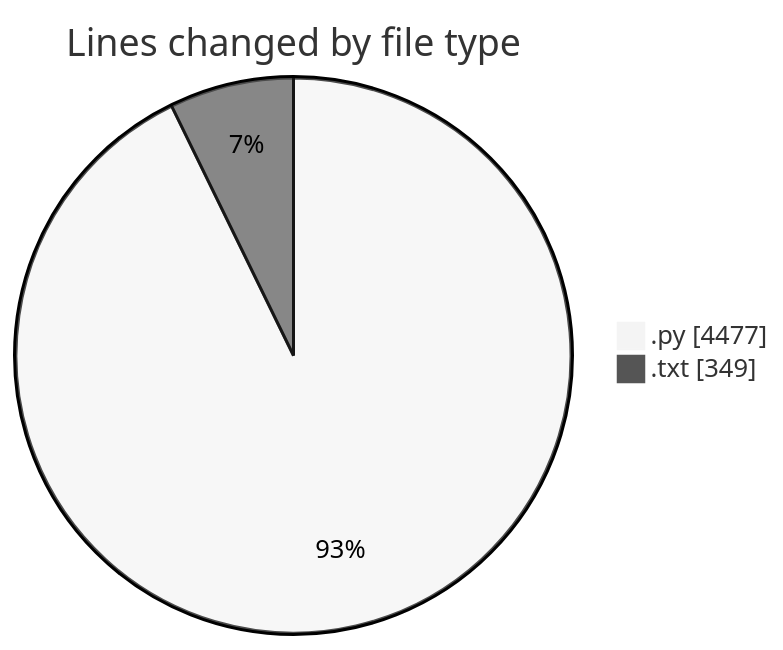
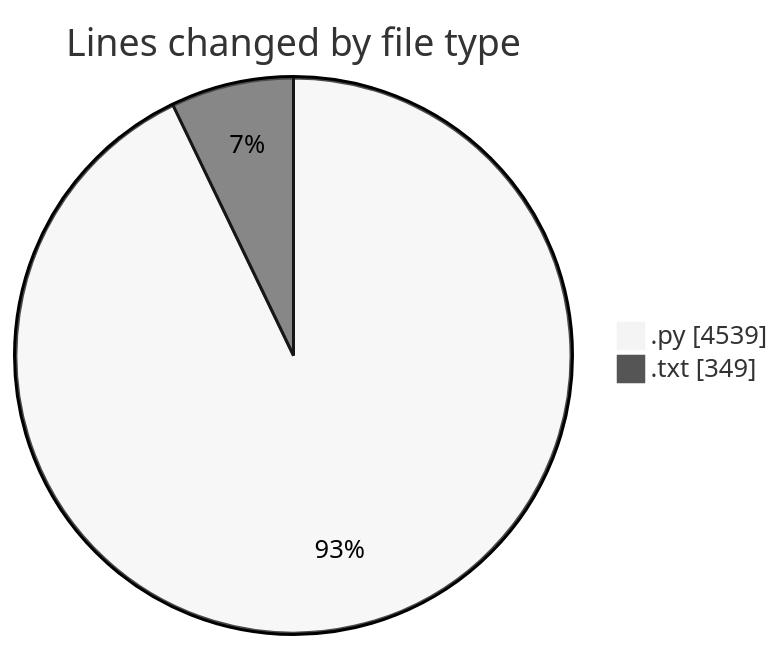
One commit to Ritupan-Deka/code-tracking changed the first of 2 diagrams in 2025-05-26/zip_file/README.md. Above: the diagram before and after it, drawn with Mermaid (neutral theme). The commit also changed other lines of this file and 1 other file, not shown here.

````diff
--- a/2025-05-26/zip_file/README.md
+++ b/2025-05-26/zip_file/README.md
@@ -35,6 +35,6 @@
 ```mermaid
 pie showData
 title Lines changed by file type
-".py" : 4477
+".py" : 4539
 ".txt" : 349
 ```
````
